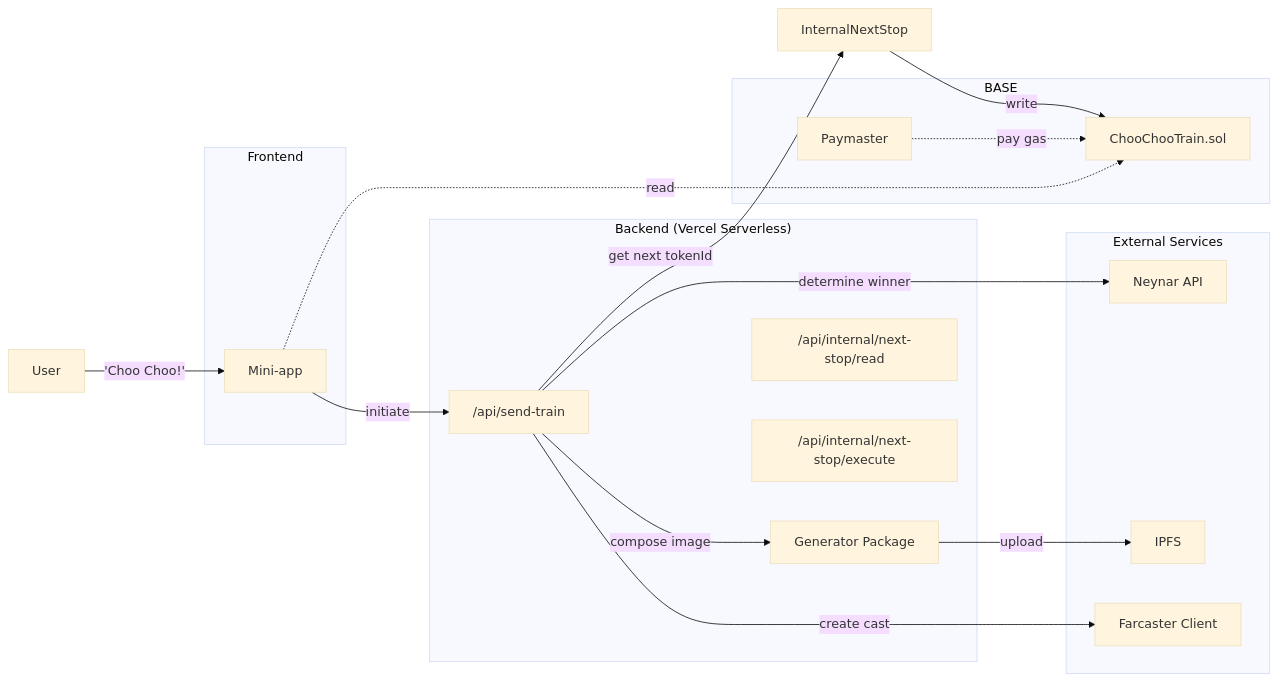
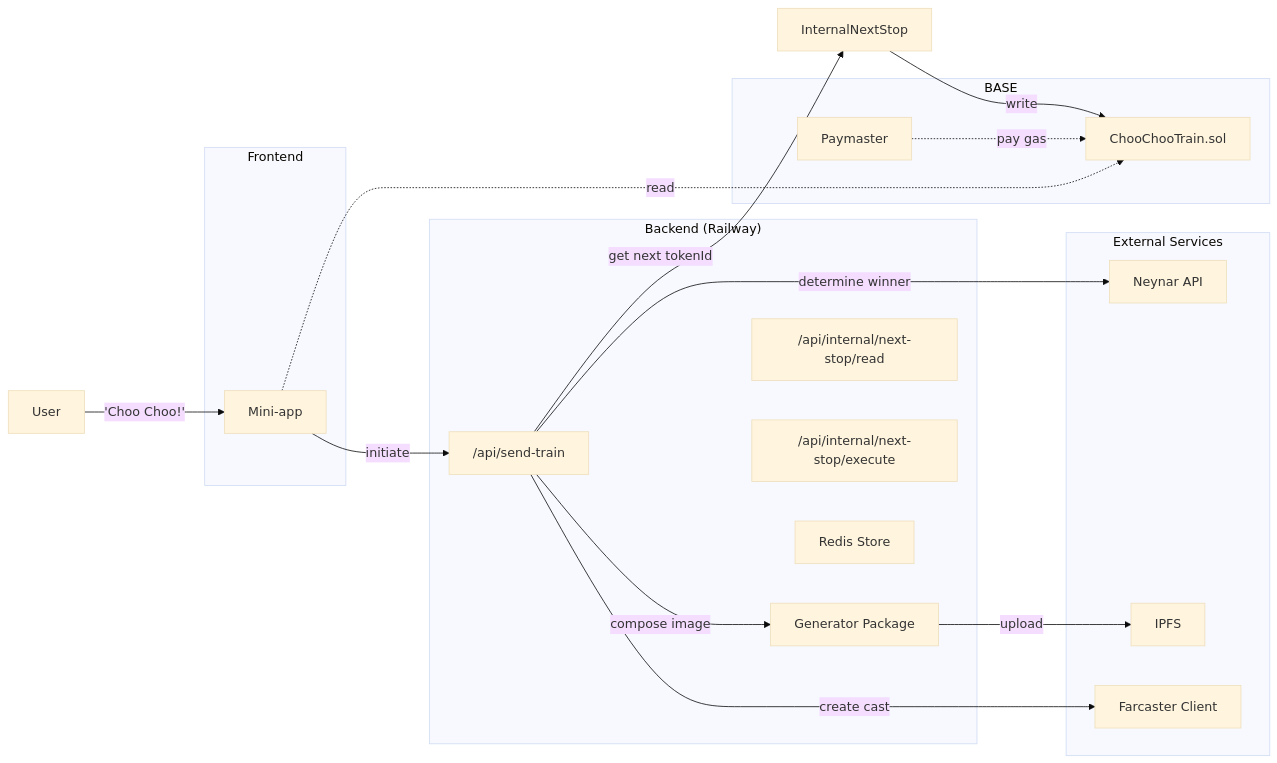
Before and after one commit to LazerTechnologies/choo-choo-monorepo: the diagram in README.md, drawn with Mermaid (base theme). The commit also changed other lines of this file, not shown here.

Commit message:
Update README with Railway deployment details and configuration

````diff
--- a/README.md
+++ b/README.md
@@ -63,46 +63,47 @@
 ```mermaid
 flowchart LR
   %% User
   User["User"] -->|"'Choo Choo!'"| FE
 
   %% Frontend
   subgraph Frontend
     FE["Mini-app"]
   end
 
   %% Backend
-  subgraph "Backend (Vercel Serverless)"
+  subgraph "Backend (Railway)"
     Orchestrator["/api/send-train"]
     Generator["Generator Package"]
     InternalRead["/api/internal/next-stop/read"]
     InternalExecute["/api/internal/next-stop/execute"]
+    Redis["Redis Store"]
   end
 
   %% External Services
   subgraph "External Services"
     Neynar["Neynar API"]
     Pinata["IPFS"]
     Farcaster["Farcaster Client"]
   end
 
   %% BASE Network
   subgraph "BASE"
     Contract["ChooChooTrain.sol"]
     Paymaster["Paymaster"]
   end
 
   %% Main flow connections
   FE -->|initiate| Orchestrator
   Orchestrator -->|determine winner| Neynar
   Orchestrator -->|get next tokenId| InternalNextStop
   Orchestrator -->|compose image| Generator
   Generator -->|upload| Pinata
   InternalNextStop -->|write| Contract
   Orchestrator -->|create cast| Farcaster
 
   %% Gas sponsorship
   Paymaster -.->|pay gas| Contract
 
   %% View-only flows
   FE -.->|read| Contract
 ```
````
